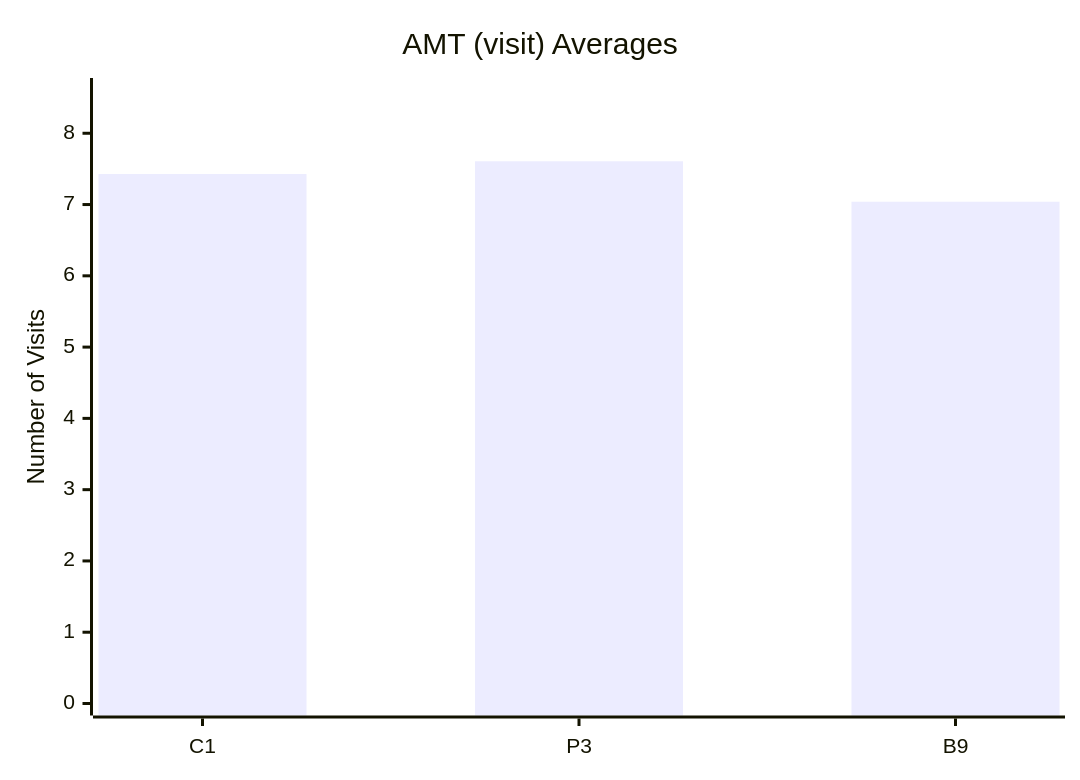
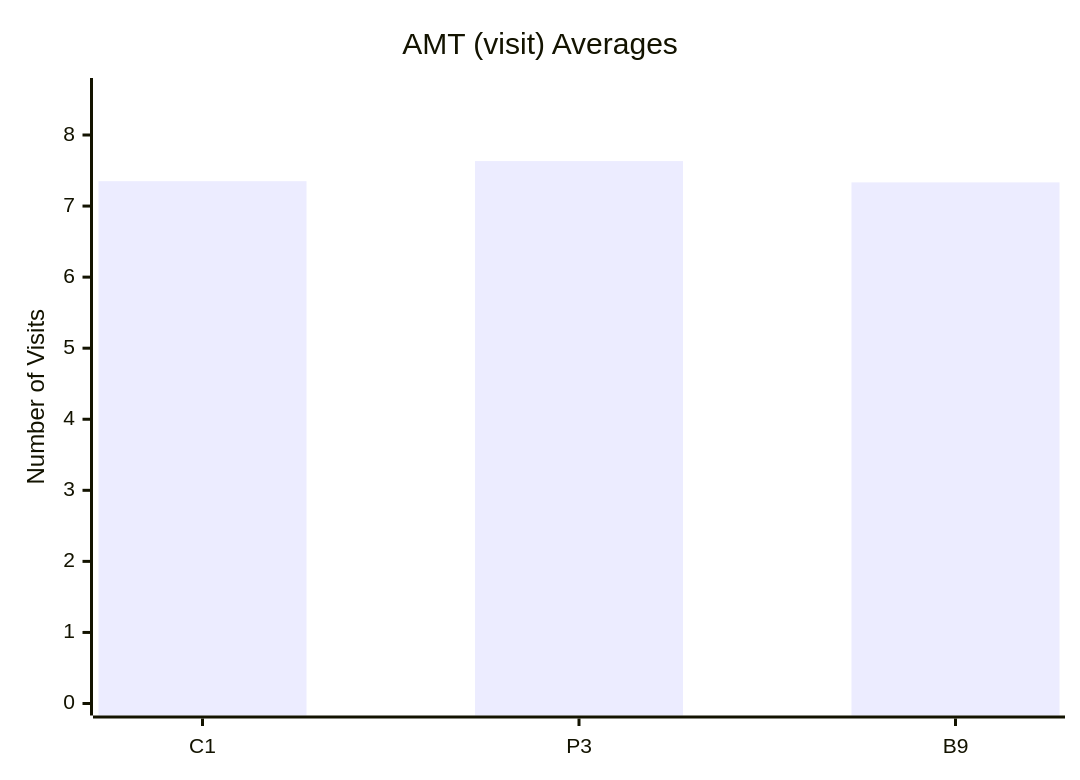
Before and after one commit to dhagan-va/intern-2025: the tenth of 10 diagrams in test-tools/DataGen/src/Statistics_Visualizer.md, drawn with Mermaid. The commit also changed other lines of this file and 2 other files, not shown here.

````diff
--- a/test-tools/DataGen/src/Statistics_Visualizer.md
+++ b/test-tools/DataGen/src/Statistics_Visualizer.md
@@ -106,7 +106,7 @@
 ```mermaid
 xychart-beta
     title "AMT (visit) Averages"
     x-axis ["C1", "P3", "B9"]
-    y-axis "Number of Visits" 0 --> 8.606965174129353
-    bar [7.4278606965174125, 7.606965174129353, 7.039800995024875]
+    y-axis "Number of Visits" 0 --> 8.633333333333333
+    bar [7.35, 7.633333333333334, 7.333333333333333]
 ```
````
